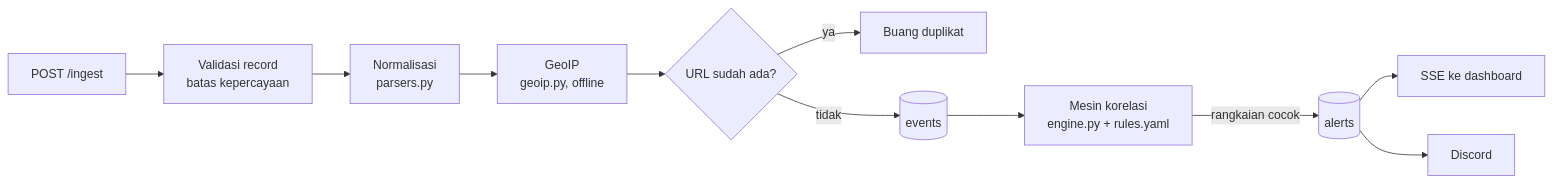
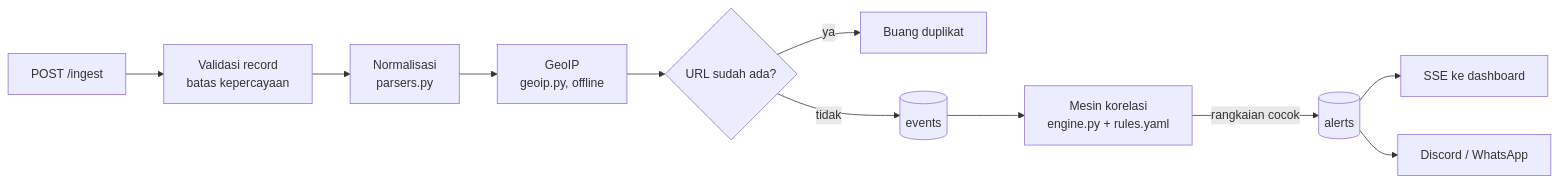
One commit to WahyuFZP/waspada changed the second of 4 diagrams in ARCHITECTURE.md. Above: the diagram before and after it, drawn with Mermaid. The commit also changed other lines of this file and 6 other files, not shown here.

First line of the commit message:
SIEM: WhatsApp alerts via OpenWA and same-second sequence matching

````diff
--- a/ARCHITECTURE.md
+++ b/ARCHITECTURE.md
@@ -55,13 +55,13 @@
 ```mermaid
 flowchart LR
   IN[POST /ingest] --> V[Validasi record<br/>batas kepercayaan]
   V --> N[Normalisasi<br/>parsers.py]
   N --> G[GeoIP<br/>geoip.py, offline]
   G --> D{URL sudah ada?}
   D -- ya --> X[Buang duplikat]
   D -- tidak --> S[(events)]
   S --> E[Mesin korelasi<br/>engine.py + rules.yaml]
   E -- rangkaian cocok --> A[(alerts)]
   A --> SSE[SSE ke dashboard]
-  A --> W[Discord]
+  A --> W[Discord / WhatsApp]
 ```
````
